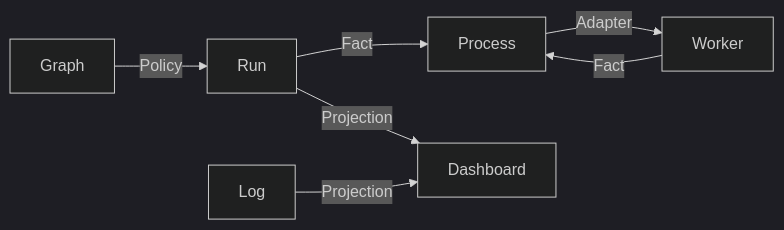
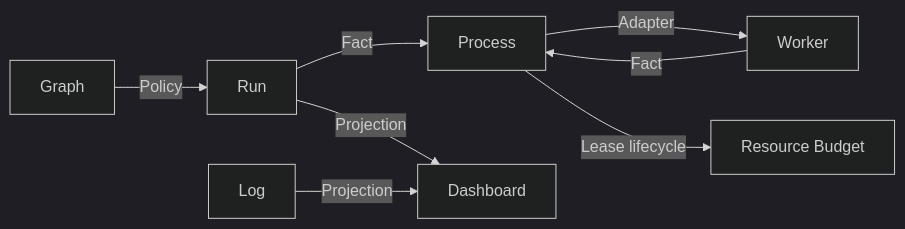
The diagram in docs/mvp/video-graph-studio/capability-dag.md (wohuishuo/cc-video-pipeline), drawn with Mermaid (dark theme) before and after one commit. The commit also changed other lines of this file and 38 other files, not shown here.

````diff
--- a/docs/mvp/video-graph-studio/capability-dag.md
+++ b/docs/mvp/video-graph-studio/capability-dag.md
@@ -3,9 +3,10 @@
 ```mermaid
 flowchart LR
     Graph -->|Policy| Run
     Run -->|Fact| Process
     Process -->|Adapter| Worker
+    Process -->|Lease lifecycle| Budget[Resource Budget]
     Worker -->|Fact| Process
     Run -->|Projection| Dashboard
     Log -->|Projection| Dashboard
 ```
````
